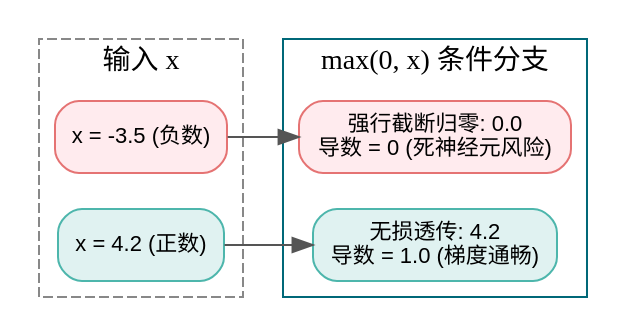
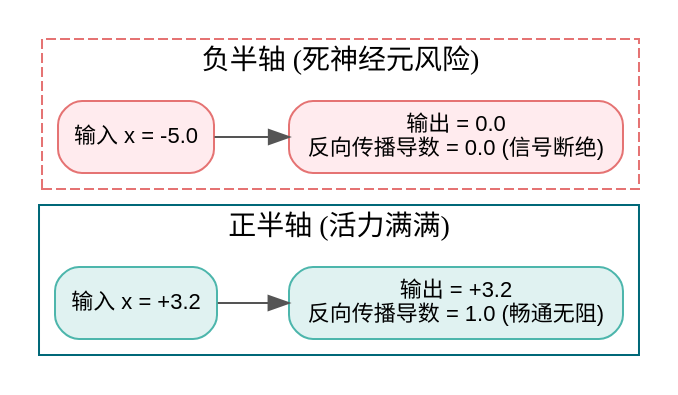
One commit to hqu-little-boy/blog changed the first of 5 diagrams in src/content/posts/dl-operators-03-activation-functions-guide.md. Above: the diagram before and after it, drawn with Graphviz. The commit also changed other lines of this file and 11 other files, not shown here.

````diff
--- a/src/content/posts/dl-operators-03-activation-functions-guide.md
+++ b/src/content/posts/dl-operators-03-activation-functions-guide.md
@@ -55,26 +70,21 @@
 ```graphviz
-digraph ReLUDemo {
+digraph ReLUPitfall {
     rankdir=LR;
     node [fontname="Helvetica,Arial,sans-serif", fontsize=11, shape=rect, style="rounded,filled", fillcolor="#f0f4f8", color="#b0c4de"];
     edge [fontname="Helvetica,Arial,sans-serif", fontsize=10, color="#555555"];
 
-    subgraph cluster_input {
-        label = "输入 x";
-        style = dashed;
-        color = "#888888";
-        neg [label="x = -3.5 (负数)", fillcolor="#ffebee", color="#e57373"];
-        pos [label="x = 4.2 (正数)", fillcolor="#e0f2f1", color="#4db6ac"];
+    subgraph cluster_pos {
+        label = "正半轴 (活力满满)"; style=solid; color="#006878";
+        pos_in [label="输入 x = +3.2", fillcolor="#e0f2f1", color="#4db6ac"];
+        pos_out [label="输出 = +3.2\n反向传播导数 = 1.0 (畅通无阻)", fillcolor="#e0f2f1", color="#4db6ac"];
+        pos_in -> pos_out;
     }
 
-    subgraph cluster_logic {
-        label = "max(0, x) 条件分支";
-        style = solid;
-        color = "#006878";
-        cut [label="强行截断归零: 0.0\n导数 = 0 (死神经元风险)", fillcolor="#ffebee", color="#e57373"];
-        pass [label="无损透传: 4.2\n导数 = 1.0 (梯度通畅)", fillcolor="#e0f2f1", color="#4db6ac"];
+    subgraph cluster_neg {
+        label = "负半轴 (死神经元风险)"; style=dashed; color="#e57373";
+        neg_in [label="输入 x = -5.0", fillcolor="#ffebee", color="#e57373"];
+        neg_out [label="输出 = 0.0\n反向传播导数 = 0.0 (信号断绝)", fillcolor="#ffebee", color="#e57373"];
+        neg_in -> neg_out;
     }
-
-    neg -> cut;
-    pos -> pass;
 }
 ```
````
